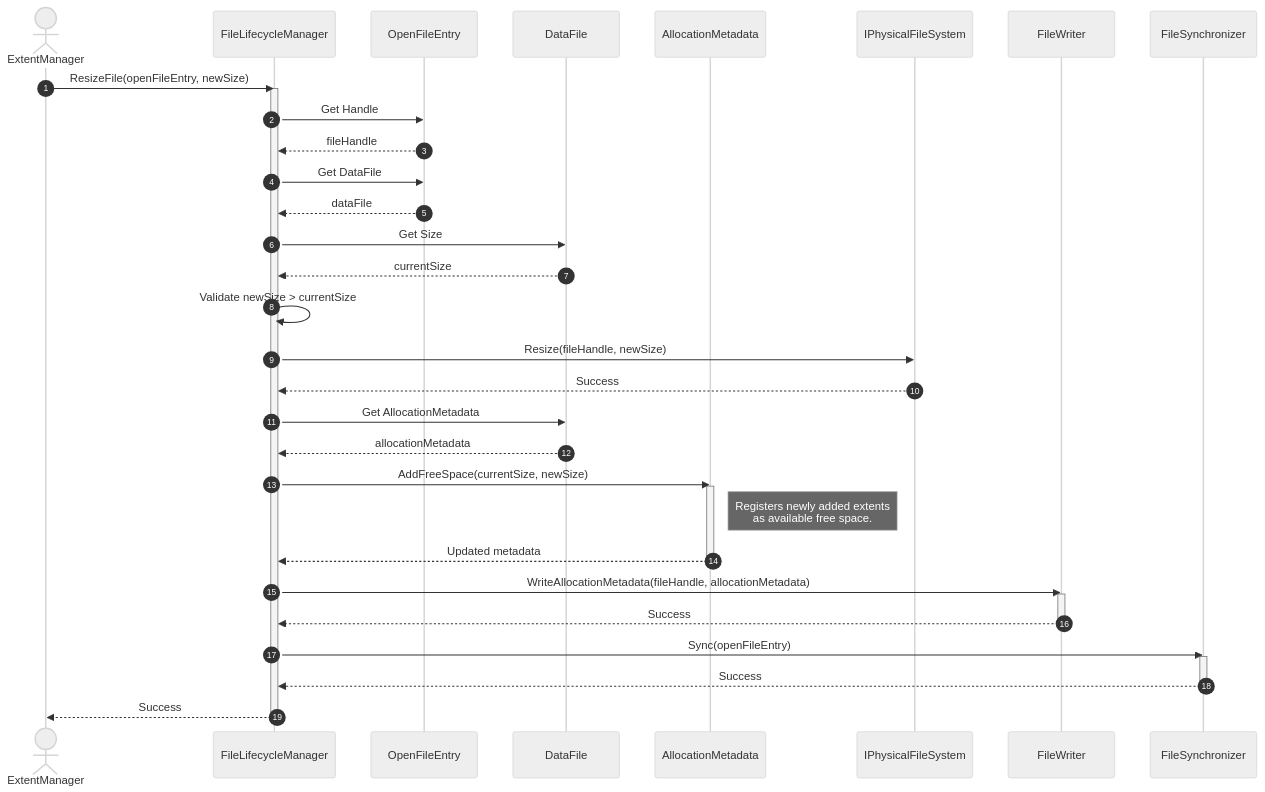
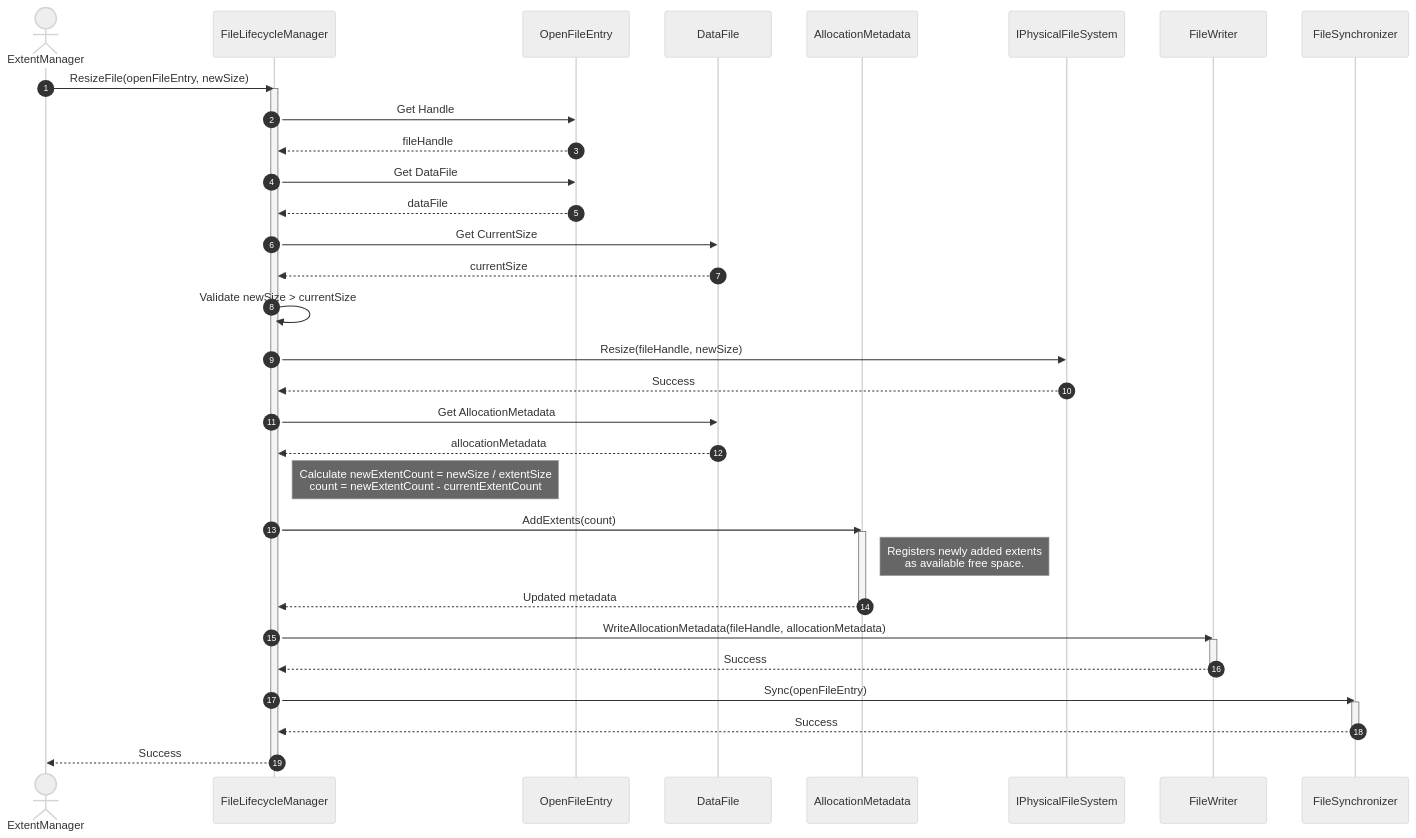
The first of 5 diagrams in docs/diagrams/sequence-diagrams/storage-engine/file-management/file-lifecycle/resize-file.md (manaxpow/DBMS), drawn with Mermaid (neutral theme) before and after one commit. The commit also changed other lines of this file and 98 other files, not shown here.

````diff
--- a/docs/diagrams/sequence-diagrams/storage-engine/file-management/file-lifecycle/resize-file.md
+++ b/docs/diagrams/sequence-diagrams/storage-engine/file-management/file-lifecycle/resize-file.md
@@ -19,52 +19,54 @@
 ```mermaid
 sequenceDiagram
     autonumber
 
     actor EM as ExtentManager
     participant FLM as FileLifecycleManager
     participant OE as OpenFileEntry
     participant DF as DataFile
     participant AM as AllocationMetadata
     participant PFS as IPhysicalFileSystem
     participant FW as FileWriter
     participant FS as FileSynchronizer
 
     EM->>FLM: ResizeFile(openFileEntry, newSize)
     activate FLM
 
     FLM->>OE: Get Handle
     OE-->>FLM: fileHandle
 
     FLM->>OE: Get DataFile
     OE-->>FLM: dataFile
 
-    FLM->>DF: Get Size
+    FLM->>DF: Get CurrentSize
     DF-->>FLM: currentSize
 
     FLM->>FLM: Validate newSize > currentSize
 
     FLM->>PFS: Resize(fileHandle, newSize)
     PFS-->>FLM: Success
 
     FLM->>DF: Get AllocationMetadata
     DF-->>FLM: allocationMetadata
 
-    FLM->>AM: AddFreeSpace(currentSize, newSize)
+    note right of FLM: Calculate newExtentCount = newSize / extentSize<br/>count = newExtentCount - currentExtentCount
+
+    FLM->>AM: AddExtents(count)
     activate AM
     note right of AM: Registers newly added extents<br/>as available free space.
     AM-->>FLM: Updated metadata
     deactivate AM
 
     FLM->>FW: WriteAllocationMetadata(fileHandle, allocationMetadata)
     activate FW
     FW-->>FLM: Success
     deactivate FW
 
     FLM->>FS: Sync(openFileEntry)
     activate FS
     FS-->>FLM: Success
     deactivate FS
 
     FLM-->>EM: Success
     deactivate FLM
 ```
````
